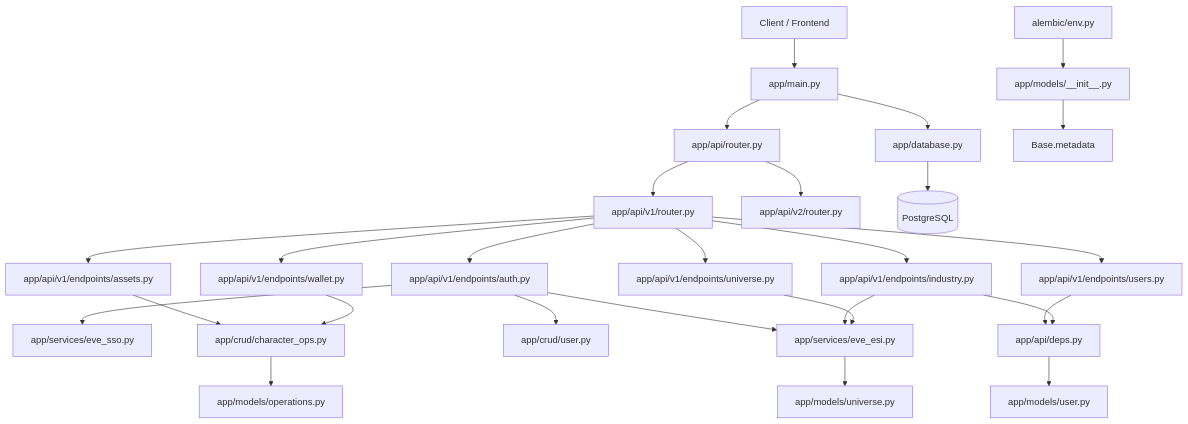
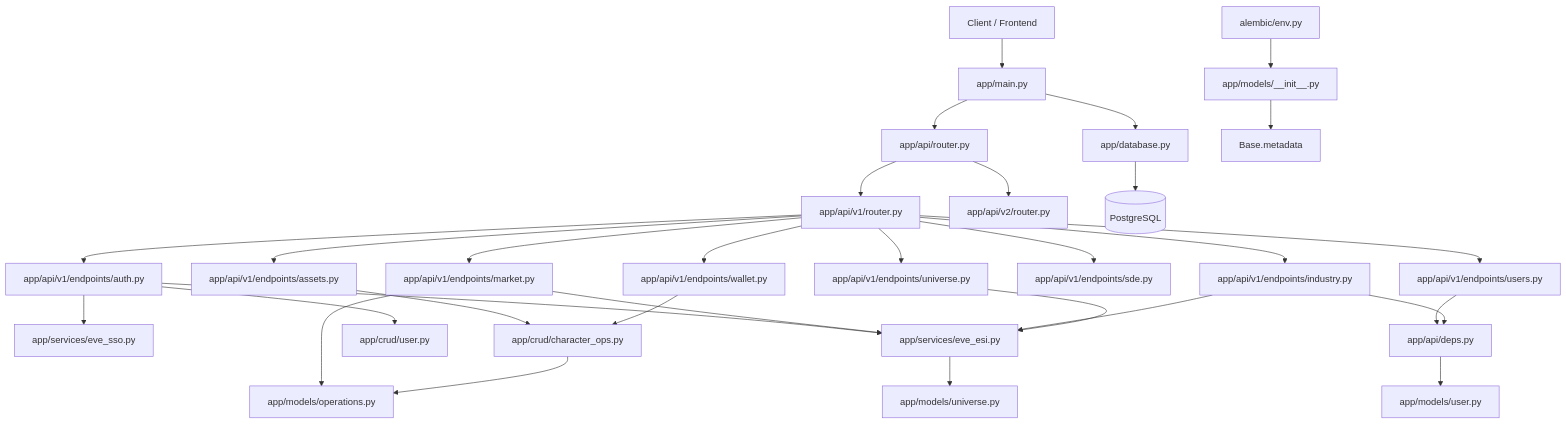
Before and after one commit to AkaJianguo/eve_client: the diagram in eve-server/readme.md, drawn with Mermaid. The commit also changed other lines of this file and 38 other files, not shown here.

First line of the commit message:
feat: Add market history table and API endpoints

````diff
--- a/eve-server/readme.md
+++ b/eve-server/readme.md
@@ -78,37 +84,41 @@
 ```mermaid
 flowchart TD
     Client[Client / Frontend] --> Main[app/main.py]
 
     Main --> ApiRouter[app/api/router.py]
     Main --> Database[app/database.py]
 
     ApiRouter --> V1Router[app/api/v1/router.py]
     ApiRouter --> V2Router[app/api/v2/router.py]
 
     V1Router --> Assets[app/api/v1/endpoints/assets.py]
     V1Router --> Auth[app/api/v1/endpoints/auth.py]
     V1Router --> Users[app/api/v1/endpoints/users.py]
     V1Router --> Industry[app/api/v1/endpoints/industry.py]
+    V1Router --> Market[app/api/v1/endpoints/market.py]
+    V1Router --> SDE[app/api/v1/endpoints/sde.py]
     V1Router --> Universe[app/api/v1/endpoints/universe.py]
     V1Router --> Wallet[app/api/v1/endpoints/wallet.py]
 
     Auth --> SSO[app/services/eve_sso.py]
     Auth --> ESI[app/services/eve_esi.py]
     Auth --> UserCrud[app/crud/user.py]
     Assets --> OpsCrud[app/crud/character_ops.py]
     Wallet --> OpsCrud
+    Market --> ESI
+    Market --> OpsModel
 
     Users --> Deps[app/api/deps.py]
     Deps --> UserModel[app/models/user.py]
 
     Industry --> Deps
     Industry --> ESI
     Universe --> ESI
     ESI --> UniverseModel[app/models/universe.py]
     OpsCrud --> OpsModel[app/models/operations.py]
 
     Database --> Postgres[(PostgreSQL)]
 
     Alembic[alembic/env.py] --> ModelsInit[app/models/__init__.py]
     ModelsInit --> Metadata[Base.metadata]
 ```
````
